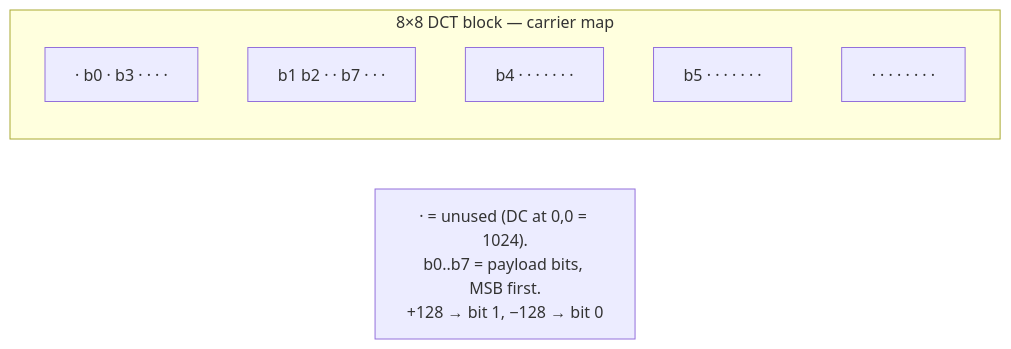
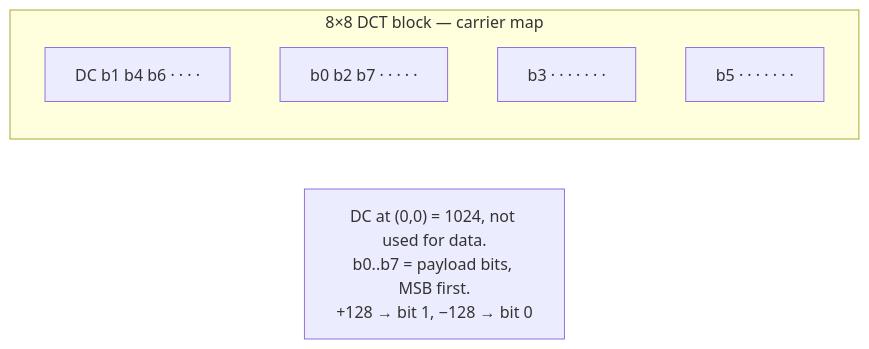
The eighth of 10 diagrams in docs/ARCHITECTURE.md (augustynski-lukasz/ytahd), drawn with Mermaid before and after one commit. The commit also changed other lines of this file, not shown here.

Commit message:
Docs: correct DCT carrier map and 4K capacity figures in ARCHITECTURE.md
- Carrier map: fix orientation (u = column, v = row) and carrier positions
  to match DctCarrierBasis.CarrierPositions — (0,1),(1,0),(1,1),(0,2),(2,0),
  (0,3),(3,0),(1,2). The previous diagram transposed the grid and omitted
  (2,0)/(0,3) placement.
- Capacity table: recompute per-frame payload at 3840x2160 with per-axis
  floor and header subtraction per FrameLayoutCalculator semantics:
  phase1 3,997 B (was 4,050), phase2 30,863 (~7.7x), phase3 123,611 (~30.9x),
  phase4 4,835 (was 4,893).

````diff
--- a/docs/ARCHITECTURE.md
+++ b/docs/ARCHITECTURE.md
@@ -588,11 +588,10 @@
 ```mermaid
 flowchart LR
     subgraph "8×8 DCT block — carrier map"
-        row0["·  b0  ·  b3  ·  ·  ·  ·"]
-        row1["b1  b2  ·  ·  b7 ·  ·  ·"]
-        row2["b4  ·  ·  ·  ·  ·  ·  ·"]
-        row3["b5  ·  ·  ·  ·  ·  ·  ·"]
-        row4["·   ·  ·  ·  ·  ·  ·  ·"]
+        row0["DC b1 b4 b6 · · · ·"]
+        row1["b0 b2 b7 · · · · ·"]
+        row2["b3 · · · · · · ·"]
+        row3["b5 · · · · · · ·"]
     end
-    note["· = unused (DC at 0,0 = 1024).<br/>b0..b7 = payload bits, MSB first.<br/>+128 → bit 1, −128 → bit 0"]
+    note["DC at (0,0) = 1024, not used for data.<br/>b0..b7 = payload bits, MSB first.<br/>+128 → bit 1, −128 → bit 0"]
 ```
````
